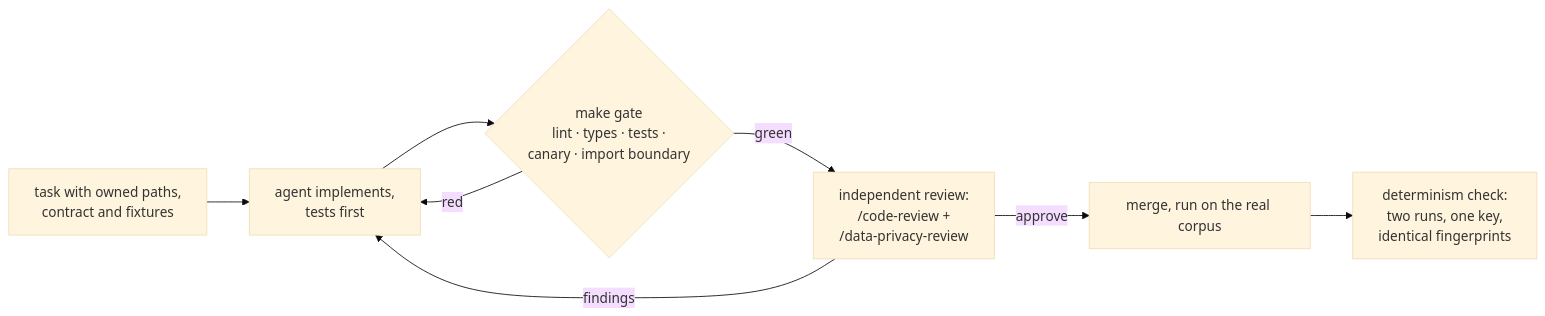
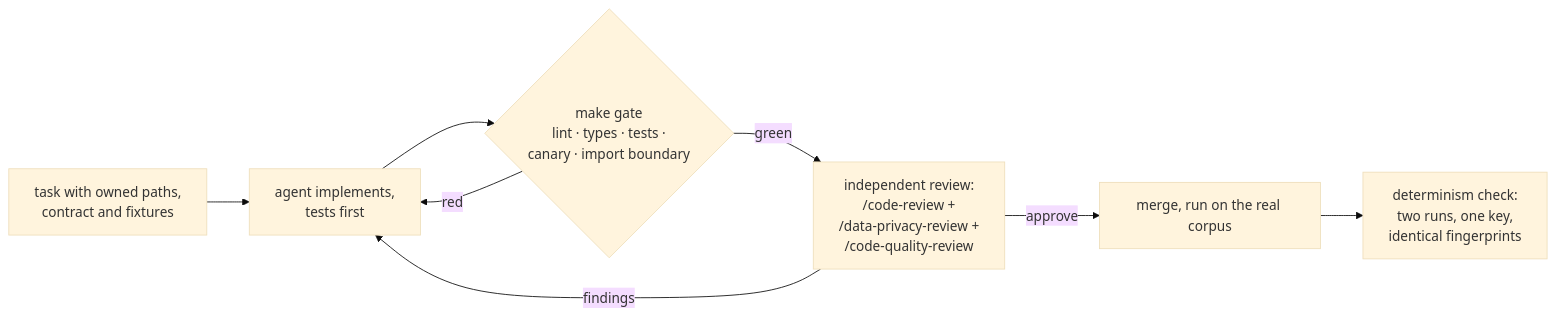
The fifth of 6 diagrams in README.md (marcusvieira88/network-science), drawn with Mermaid (base theme) before and after one commit. The commit also changed other lines of this file, not shown here.

Commit message:
README: exploratory results, manual identity check, typing and review skills

````diff
--- a/README.md
+++ b/README.md
@@ -260,10 +271,10 @@
 ```mermaid
 flowchart LR
     T["task with owned paths,<br/>contract and fixtures"] --> A["agent implements,<br/>tests first"]
     A --> G{"make gate<br/>lint · types · tests ·<br/>canary · import boundary"}
     G -- red --> A
-    G -- green --> R["independent review:<br/>/code-review +<br/>/data-privacy-review"]
+    G -- green --> R["independent review:<br/>/code-review +<br/>/data-privacy-review +<br/>/code-quality-review"]
     R -- findings --> A
     R -- approve --> M["merge, run on the real corpus"]
     M --> D["determinism check:<br/>two runs, one key,<br/>identical fingerprints"]
 ```
````
